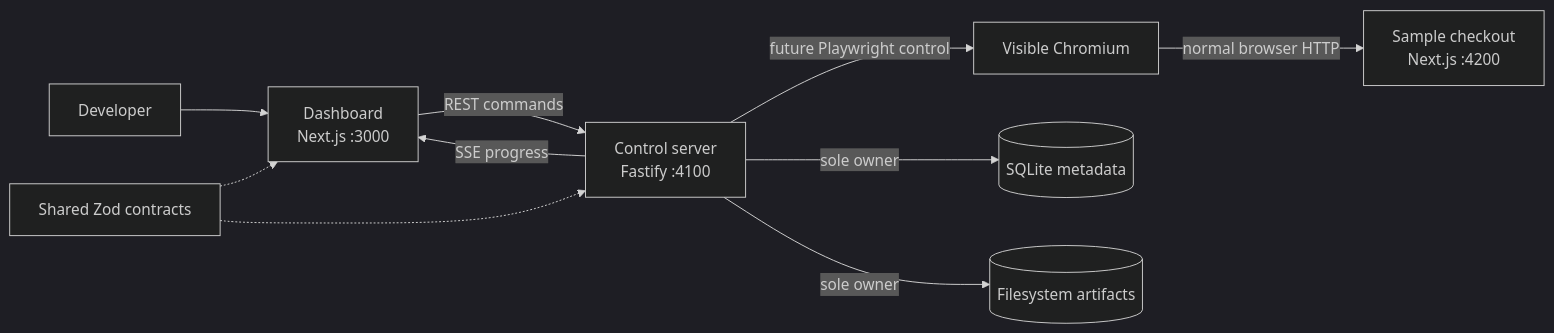
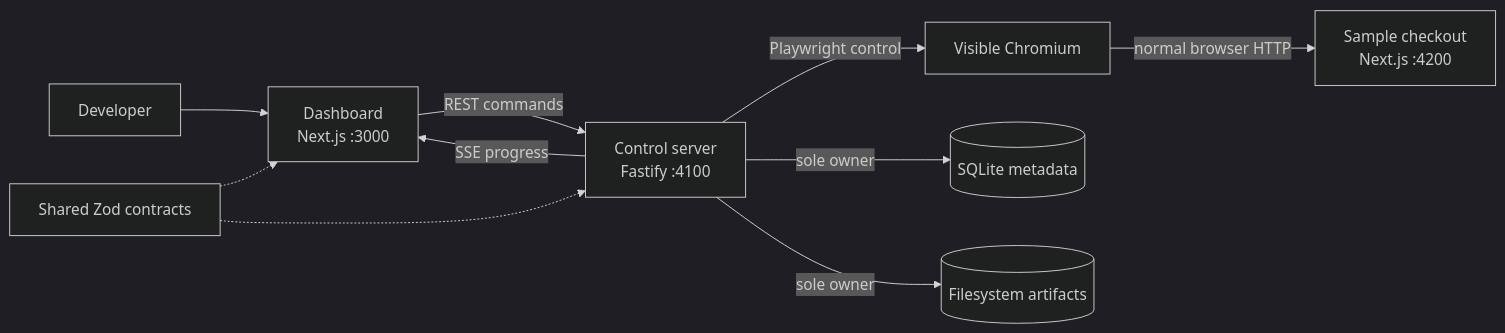
Before and after one commit to SalAkBuK/formcrash: the diagram in docs/architecture/overview.md, drawn with Mermaid (dark theme). The commit also changed other lines of this file and 42 other files, not shown here.

````diff
--- a/docs/architecture/overview.md
+++ b/docs/architecture/overview.md
@@ -19,12 +20,12 @@
 ```mermaid
 flowchart LR
   User[Developer] --> Dashboard[Dashboard<br/>Next.js :3000]
   Dashboard -->|REST commands| Server[Control server<br/>Fastify :4100]
   Server -->|SSE progress| Dashboard
-  Server -->|future Playwright control| Chromium[Visible Chromium]
+  Server -->|Playwright control| Chromium[Visible Chromium]
   Chromium -->|normal browser HTTP| Checkout[Sample checkout<br/>Next.js :4200]
   Server -->|sole owner| SQLite[(SQLite metadata)]
   Server -->|sole owner| Files[(Filesystem artifacts)]
   Contracts[Shared Zod contracts] -.-> Dashboard
   Contracts -.-> Server
 ```
````
